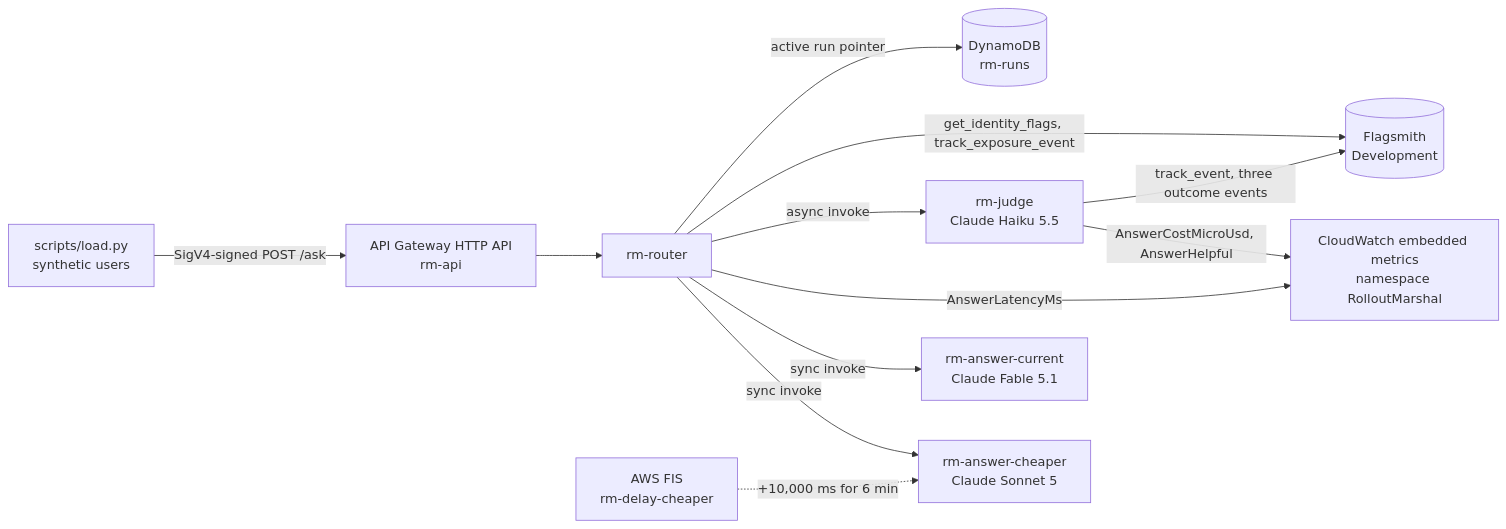
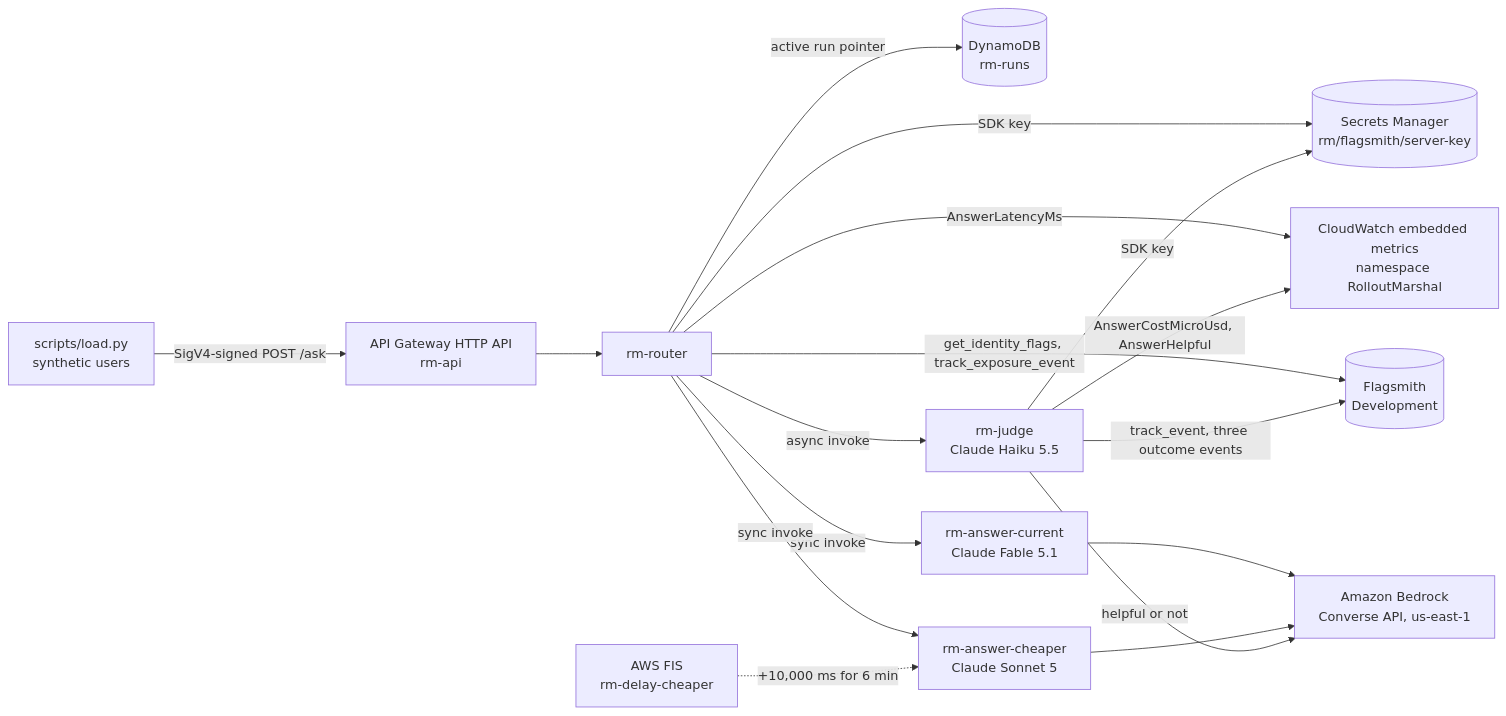
The second of 4 diagrams in README.md (abebars/rollout-marshal), drawn with Mermaid before and after one commit. The commit also changed other lines of this file, not shown here.

````diff
--- a/README.md
+++ b/README.md
@@ -256,14 +240,19 @@
 ```mermaid
 flowchart LR
   load["scripts/load.py<br/>synthetic users"] -->|"SigV4-signed POST /ask"| api["API Gateway HTTP API<br/>rm-api"]
   api --> router["rm-router"]
   router -->|"active run pointer"| runs[("DynamoDB<br/>rm-runs")]
   router -->|"get_identity_flags, track_exposure_event"| flagsmith[("Flagsmith<br/>Development")]
-  router -->|"async invoke"| judge["rm-judge<br/>Claude Haiku 5.5"]
-  judge -->|"track_event, three outcome events"| flagsmith
-  judge -->|"AnswerCostMicroUsd, AnswerHelpful"| cw["CloudWatch embedded metrics<br/>namespace RolloutMarshal"]
-  router -->|"AnswerLatencyMs"| cw
   router -->|"sync invoke"| current["rm-answer-current<br/>Claude Fable 5.1"]
   router -->|"sync invoke"| cheaper["rm-answer-cheaper<br/>Claude Sonnet 5"]
+  current --> bedrock["Amazon Bedrock<br/>Converse API, us-east-1"]
+  cheaper --> bedrock
+  router -->|"async invoke"| judge["rm-judge<br/>Claude Haiku 5.5"]
+  judge -->|"helpful or not"| bedrock
+  judge -->|"track_event, three outcome events"| flagsmith
+  router -->|"AnswerLatencyMs"| cw["CloudWatch embedded metrics<br/>namespace RolloutMarshal"]
+  judge -->|"AnswerCostMicroUsd, AnswerHelpful"| cw
+  router -->|"SDK key"| sdkkey[("Secrets Manager<br/>rm/flagsmith/server-key")]
+  judge -->|"SDK key"| sdkkey
   fis["AWS FIS<br/>rm-delay-cheaper"] -.->|"+10,000 ms for 6 min"| cheaper
 ```
````
